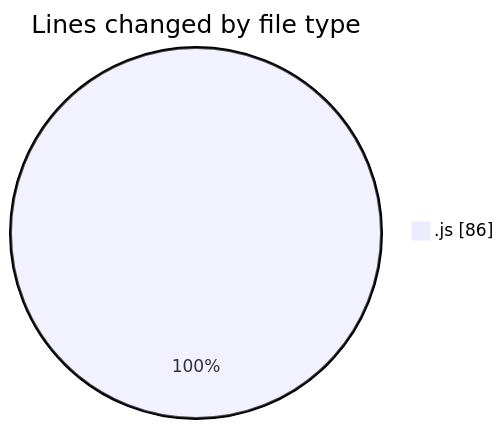
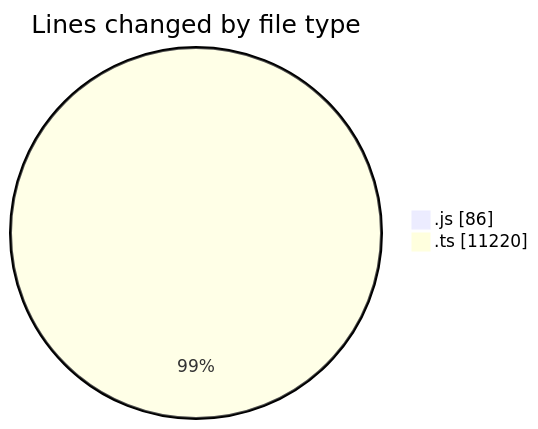
The first of 2 diagrams in 2025-05-21/cda/README.md (momahboobian/code-tracking), drawn with Mermaid before and after one commit. The commit also changed other lines of this file and 1 other file, not shown here.

````diff
--- a/2025-05-21/cda/README.md
+++ b/2025-05-21/cda/README.md
@@ -20,5 +22,6 @@
 ```mermaid
 pie showData
 title Lines changed by file type
 ".js" : 86
+".ts" : 11220
 ```
````
